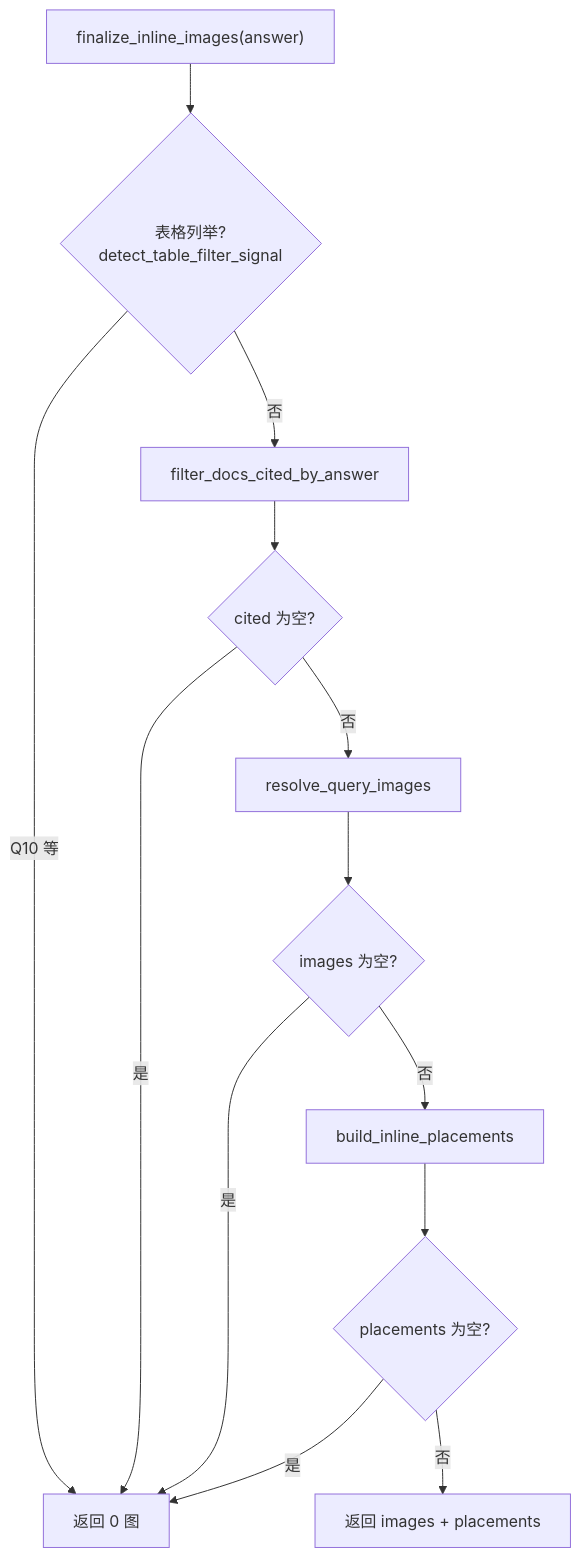
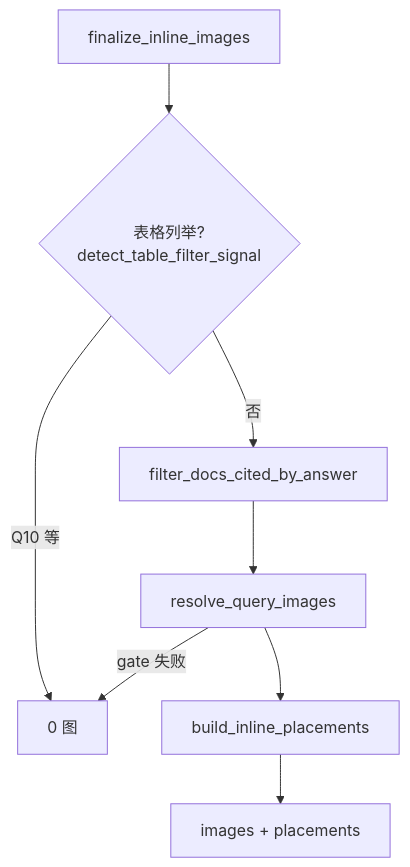
The third of 4 diagrams in docs/查询配图实现说明.md (yiliangbetter/IndustrialRAG), drawn with Mermaid before and after one commit. The commit also changed other lines of this file and 32 other files, not shown here.

First line of the commit message:
feat(images): unified figure targets after demo image fix

````diff
--- a/docs/查询配图实现说明.md
+++ b/docs/查询配图实现说明.md
@@ -151,23 +115,16 @@
 ```mermaid
 flowchart TD
-    START["finalize_inline_images(answer)"]
+    START["finalize_inline_images"]
     TBL{"表格列举?<br/>detect_table_filter_signal"}
     CITE["filter_docs_cited_by_answer"]
-    EMPTY{"cited 为空?"}
     RES["resolve_query_images"]
-    NOIMG{"images 为空?"}
     PLACE["build_inline_placements"]
-    NOPL{"placements 为空?"}
-    OK["返回 images + placements"]
-    ZERO["返回 0 图"]
+    OUT["images + placements"]
+    ZERO["0 图"]
 
     START --> TBL
     TBL -->|Q10 等| ZERO
-    TBL -->|否| CITE --> EMPTY
-    EMPTY -->|是| ZERO
-    EMPTY -->|否| RES --> NOIMG
-    NOIMG -->|是| ZERO
-    NOIMG -->|否| PLACE --> NOPL
-    NOPL -->|是| ZERO
-    NOPL -->|否| OK
+    TBL -->|否| CITE --> RES
+    RES -->|gate 失败| ZERO
+    RES --> PLACE --> OUT
 ```
````
